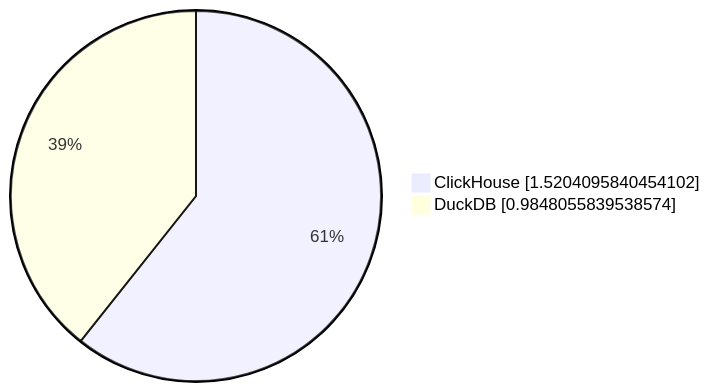
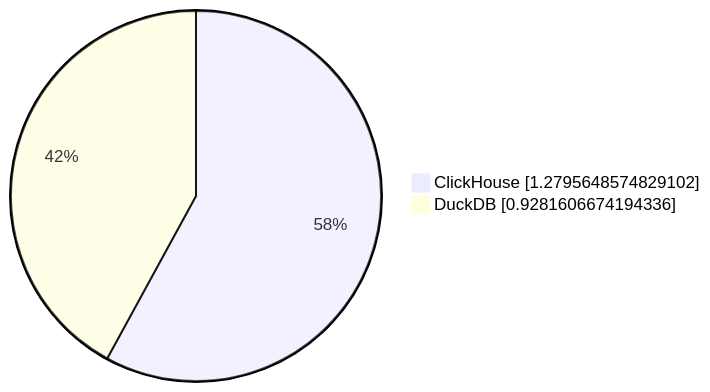
One commit to Altinity/clickhouse-regression changed the ninth of 19 diagrams in parquet/performance/results/hits/23.11.1.2711-alpine/README.md. Above: the diagram before and after it, drawn with Mermaid. The commit also changed other lines of this file and 8 other files, not shown here.

````diff
--- a/parquet/performance/results/hits/23.11.1.2711-alpine/README.md
+++ b/parquet/performance/results/hits/23.11.1.2711-alpine/README.md
@@ -90,5 +90,5 @@
 ```mermaid
      pie showData
-         "ClickHouse" : 1.5204095840454102
-         "DuckDB" : 0.9848055839538574
+         "ClickHouse" : 1.2795648574829102
+         "DuckDB" : 0.9281606674194336
 ```
````
